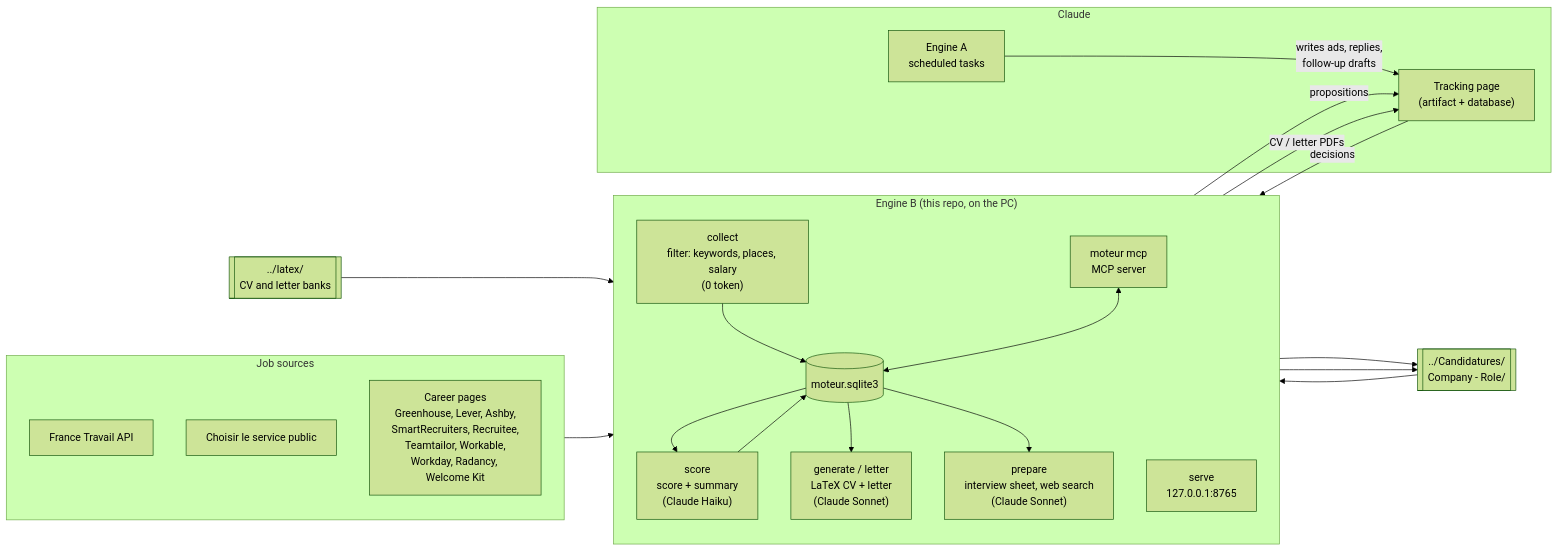
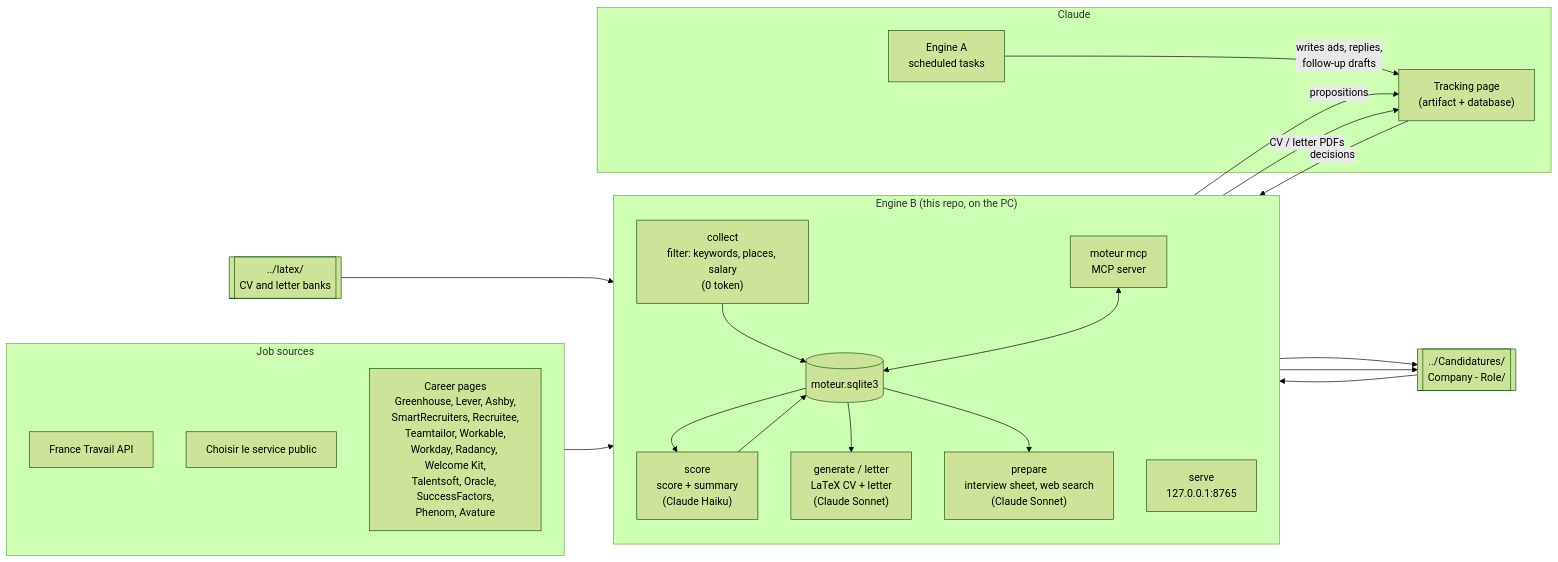
Before and after one commit to antoinebertoux/moteur-candidatures: the first of 2 diagrams in README.md, drawn with Mermaid (forest theme). The commit also changed other lines of this file and 16 other files, not shown here.

First line of the commit message:
Add Talentsoft, Oracle, SuccessFactors, Phenom and Avature sources (SRC-80 to SRC-98)

````diff
--- a/README.md
+++ b/README.md
@@ -19,41 +19,41 @@
 ```mermaid
 flowchart LR
     subgraph sources["Job sources"]
         FT["France Travail API"]
         SP["Choisir le service public"]
-        ATS["Career pages<br/>Greenhouse, Lever, Ashby,<br/>SmartRecruiters, Recruitee,<br/>Teamtailor, Workable,<br/>Workday, Radancy, Welcome Kit"]
+        ATS["Career pages<br/>Greenhouse, Lever, Ashby,<br/>SmartRecruiters, Recruitee,<br/>Teamtailor, Workable,<br/>Workday, Radancy, Welcome Kit,<br/>Talentsoft, Oracle, SuccessFactors,<br/>Phenom, Avature"]
     end
 
     subgraph B["Engine B (this repo, on the PC)"]
         direction TB
         COL["collect<br/>filter: keywords, places, salary<br/>(0 token)"]
         DB[("moteur.sqlite3")]
         NOT["score<br/>score + summary<br/>(Claude Haiku)"]
         GEN["generate / letter<br/>LaTeX CV + letter<br/>(Claude Sonnet)"]
         PREP["prepare<br/>interview sheet, web search<br/>(Claude Sonnet)"]
         MCP["moteur mcp<br/>MCP server"]
         SRV["serve<br/>127.0.0.1:8765"]
         COL --> DB --> NOT --> DB
         DB --> GEN
         DB --> PREP
         MCP <--> DB
     end
 
     subgraph claude["Claude"]
         PAGE["Tracking page<br/>(artifact + database)"]
         A["Engine A<br/>scheduled tasks"]
     end
 
     LATEX[["../latex/<br/>CV and letter banks"]]
     OUT[["../Candidatures/<br/>Company - Role/"]]
 
     sources --> COL
     LATEX --> GEN
     GEN --> OUT
     PREP --> OUT
     MCP -- "propositions" --> PAGE
     PAGE -- "decisions" --> MCP
     A -- "writes ads, replies,<br/>follow-up drafts" --> PAGE
     SRV -- "CV / letter PDFs" --> PAGE
     OUT --> SRV
 ```
````
